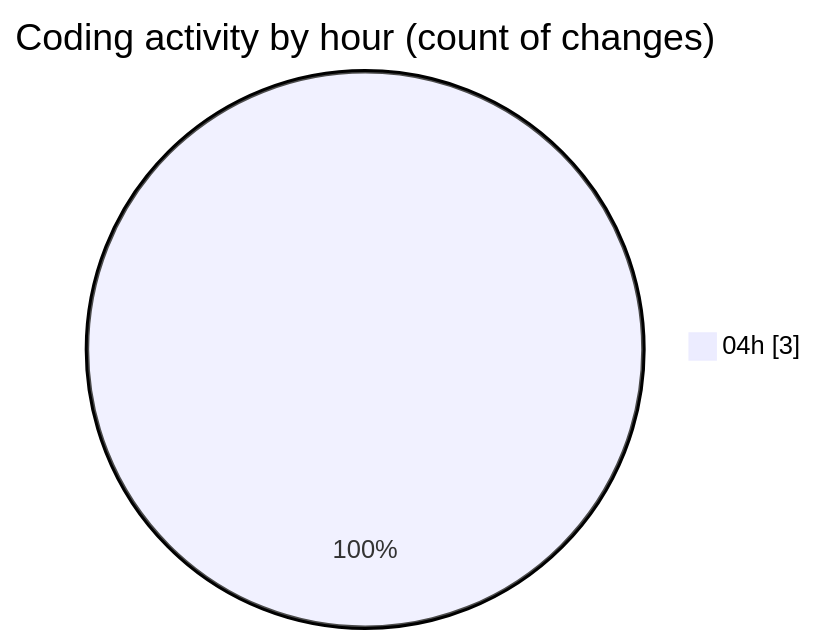
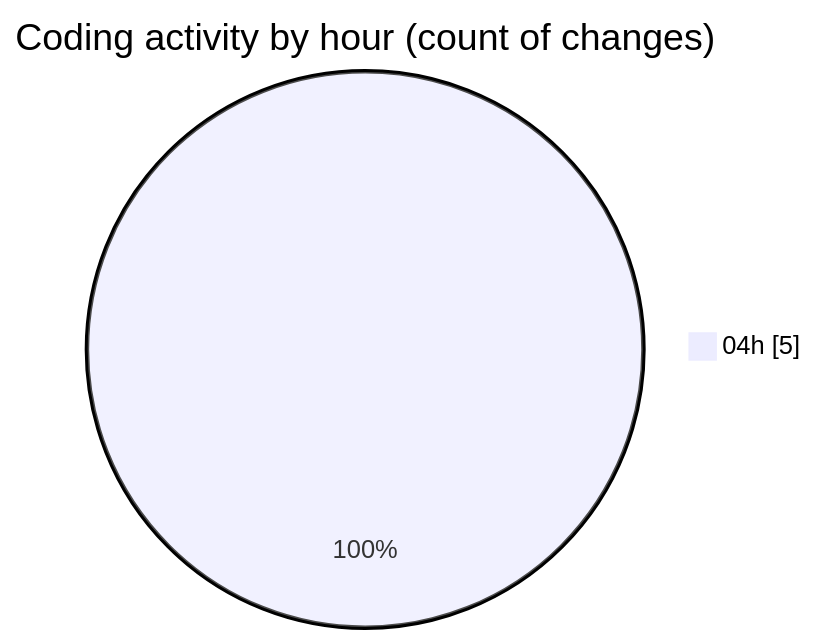
The second of 2 diagrams in 2025-06-02/documents/README.md (Ritupan-Deka/code-tracking), drawn with Mermaid before and after one commit. The commit also changed other lines of this file and 1 other file, not shown here.

````diff
--- a/2025-06-02/documents/README.md
+++ b/2025-06-02/documents/README.md
@@ -28,5 +30,5 @@
 ```mermaid
 pie showData
 title Coding activity by hour (count of changes)
-"04h" : 3
+"04h" : 5
 ```
````
